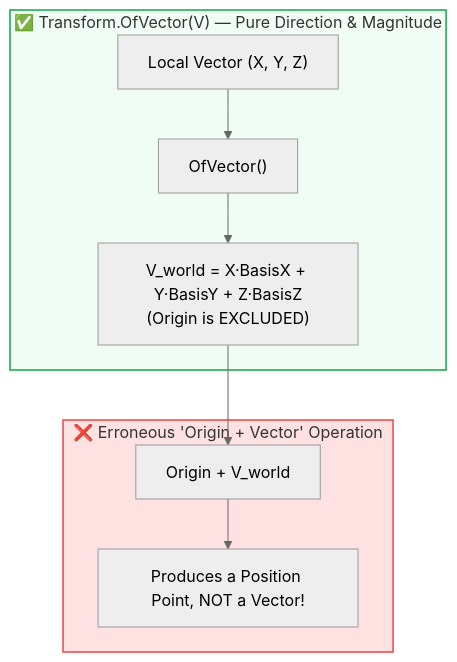
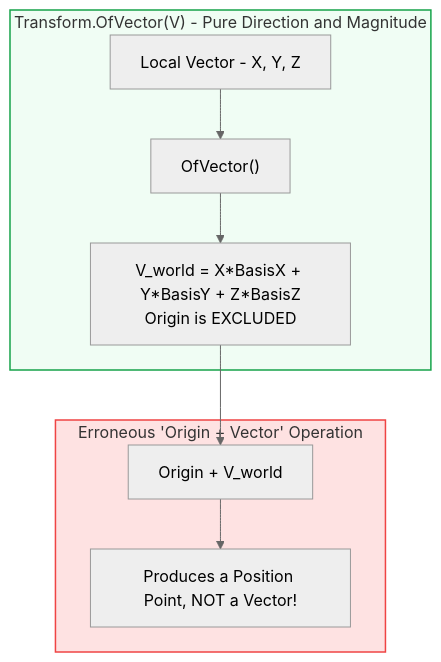
Diagram 12 of 31 in RevitApiSamples/Samples/TransformModule/TransformModule.md (Mustafa-TOMMY/CommandSamplesRevitApiVer2025), drawn with Mermaid (neutral theme) before and after one commit. The commit also changed other lines of this file, not shown here.

Commit message:
Update the mermaid sections

````diff
--- a/RevitApiSamples/Samples/TransformModule/TransformModule.md
+++ b/RevitApiSamples/Samples/TransformModule/TransformModule.md
@@ -370,15 +388,15 @@
 ```mermaid
 flowchart TD
-    subgraph Correct["✅ Transform.OfVector(V) — Pure Direction & Magnitude"]
-        V_LOC["Local Vector (X, Y, Z)"] --> OV["OfVector()"]
-        OV --> V_WLD["V_world = X·BasisX + Y·BasisY + Z·BasisZ\n(Origin is EXCLUDED)"]
+    subgraph Correct["Transform.OfVector(V) - Pure Direction and Magnitude"]
+        V_LOC["Local Vector - X, Y, Z"] --> OV["OfVector()"]
+        OV --> V_WLD["V_world = X*BasisX + Y*BasisY + Z*BasisZ<br/>Origin is EXCLUDED"]
     end
 
-    subgraph Wrong["❌ Erroneous 'Origin + Vector' Operation"]
+    subgraph Wrong["Erroneous 'Origin + Vector' Operation"]
         V_WLD --> ERR_ADD["Origin + V_world"]
         ERR_ADD --> POS["Produces a Position Point, NOT a Vector!"]
     end
 
     style Correct fill:#f0fdf4,stroke:#16a34a,stroke-width:1.5px
     style Wrong fill:#fee2e2,stroke:#ef4444,stroke-width:1.5px
 ```
````
